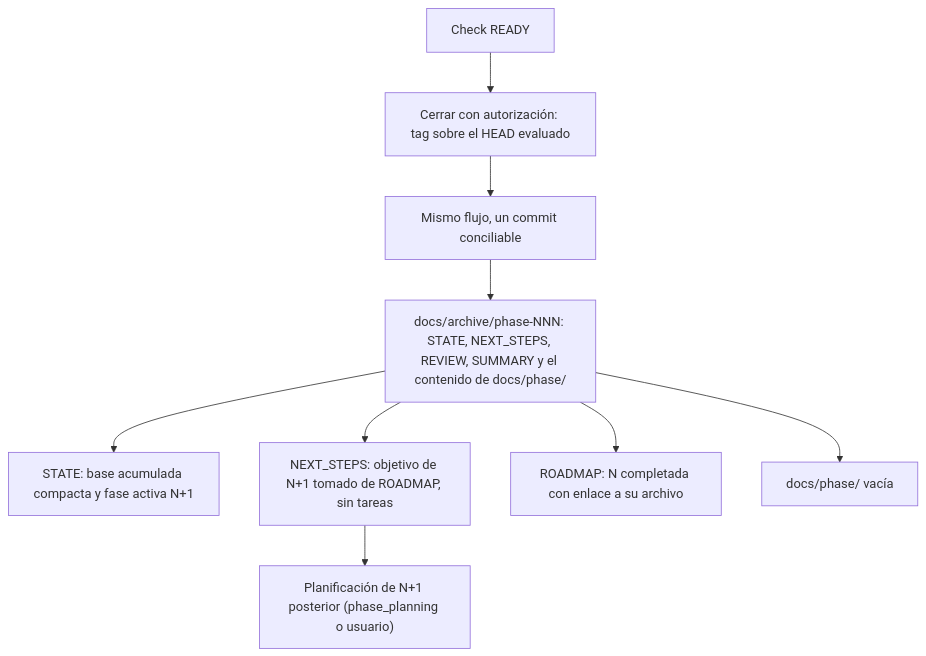
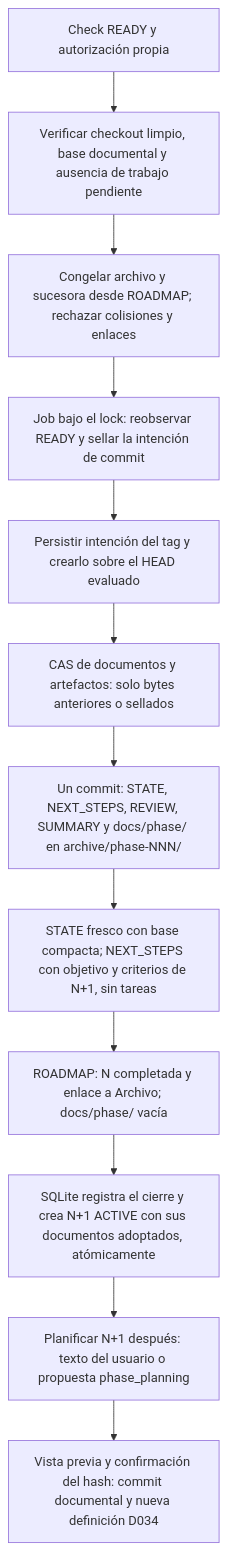
The second of 2 diagrams in docs/flows/phase-lifecycle.md (AcostaDDev/my-harness-archive), drawn with Mermaid before and after one commit. The commit also changed other lines of this file and 31 other files, not shown here.

Commit message:
feat: unified phase closure and deferred planning (D091, P008-T004)

````diff
--- a/docs/flows/phase-lifecycle.md
+++ b/docs/flows/phase-lifecycle.md
@@ -48,11 +38,14 @@
 ```mermaid
 flowchart TD
-    A["Check READY"] --> B["Cerrar con autorización: tag sobre el HEAD evaluado"]
-    B --> C["Mismo flujo, un commit conciliable"]
-    C --> D["docs/archive/phase-NNN: STATE, NEXT_STEPS, REVIEW, SUMMARY y el contenido de docs/phase/"]
-    D --> E["STATE: base acumulada compacta y fase activa N+1"]
-    D --> F["NEXT_STEPS: objetivo de N+1 tomado de ROADMAP, sin tareas"]
-    D --> G["ROADMAP: N completada con enlace a su archivo"]
-    D --> H["docs/phase/ vacía"]
-    F --> I["Planificación de N+1 posterior (phase_planning o usuario)"]
+    A["Check READY y autorización propia"] --> B["Verificar checkout limpio, base documental y ausencia de trabajo pendiente"]
+    B --> C["Congelar archivo y sucesora desde ROADMAP; rechazar colisiones y enlaces"]
+    C --> D["Job bajo el lock: reobservar READY y sellar la intención de commit"]
+    D --> E["Persistir intención del tag y crearlo sobre el HEAD evaluado"]
+    E --> F["CAS de documentos y artefactos: solo bytes anteriores o sellados"]
+    F --> G["Un commit: STATE, NEXT_STEPS, REVIEW, SUMMARY y docs/phase/ en archive/phase-NNN/"]
+    G --> H["STATE fresco con base compacta; NEXT_STEPS con objetivo y criterios de N+1, sin tareas"]
+    H --> I["ROADMAP: N completada y enlace a Archivo; docs/phase/ vacía"]
+    I --> J["SQLite registra el cierre y crea N+1 ACTIVE con sus documentos adoptados, atómicamente"]
+    J --> K["Planificar N+1 después: texto del usuario o propuesta phase_planning"]
+    K --> L["Vista previa y confirmación del hash: commit documental y nueva definición D034"]
 ```
````
